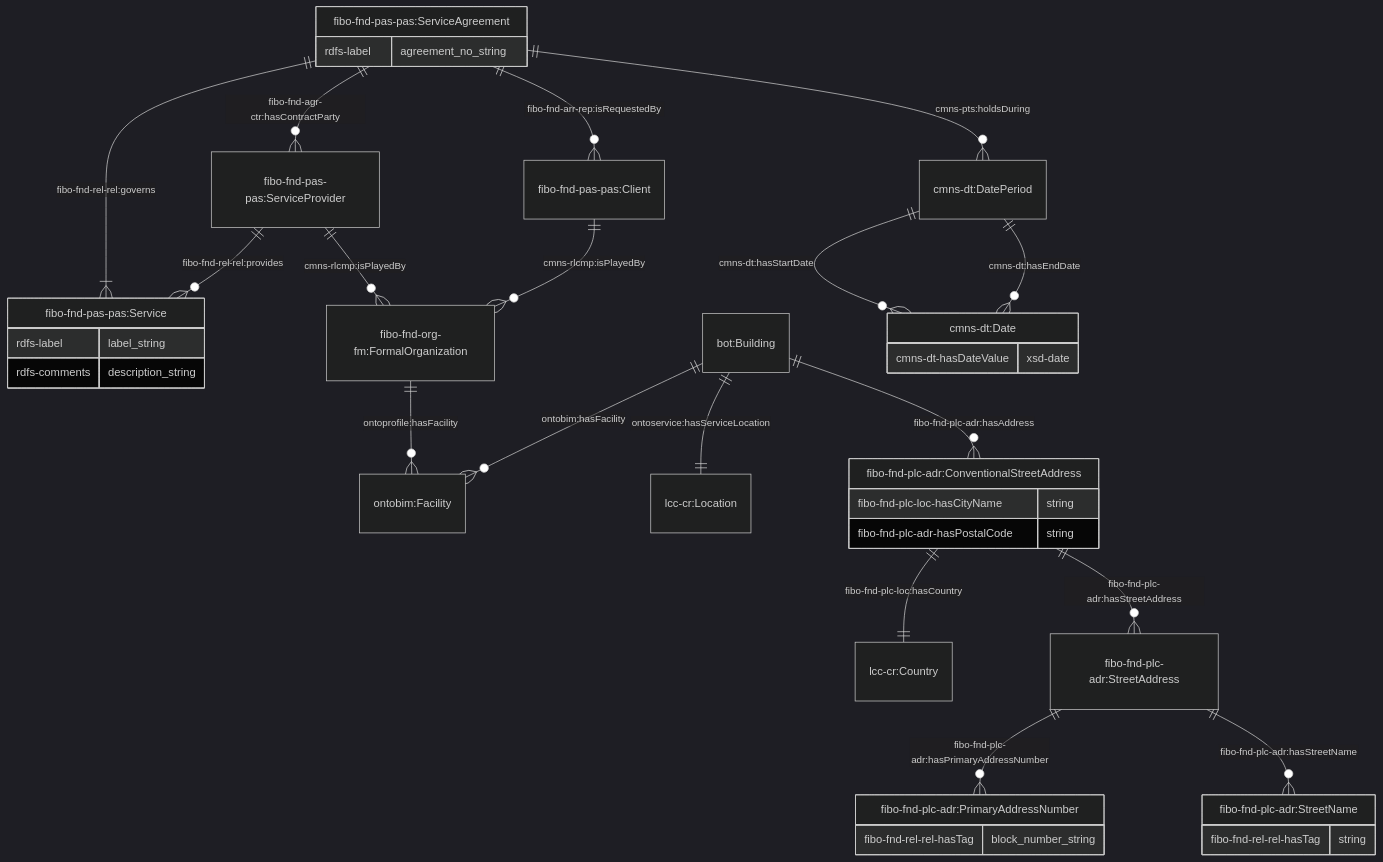
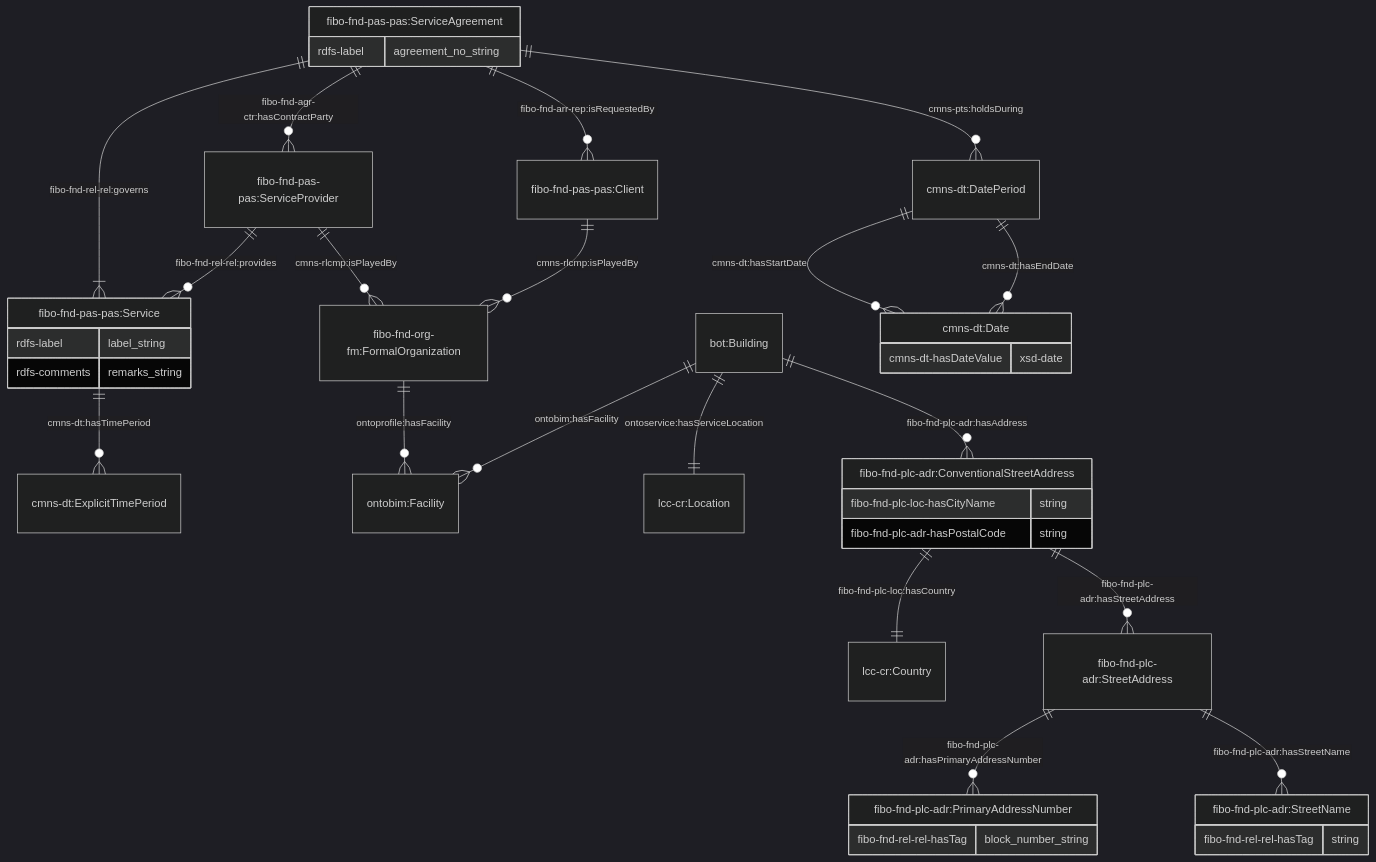
The first of 9 diagrams in JPS_Ontology/ontology/ontoservice/README.md (cambridge-cares/TheWorldAvatar), drawn with Mermaid (dark theme) before and after one commit. The commit also changed other lines of this file and 2 other files, not shown here.

Commit message:
dev-ontoservice-lifecycle: Consolidation of service commitment and its recommended use to existing concepts

````diff
--- a/JPS_Ontology/ontology/ontoservice/README.md
+++ b/JPS_Ontology/ontology/ontoservice/README.md
@@ -62,45 +62,47 @@
 ```mermaid
     erDiagram
     "fibo-fnd-pas-pas:ServiceAgreement" {
         rdfs-label agreement_no_string
     }
     "fibo-fnd-pas-pas:ServiceAgreement" ||--|{ "fibo-fnd-pas-pas:Service" : "fibo-fnd-rel-rel:governs"
+    "fibo-fnd-pas-pas:Service" ||--o{ "cmns-dt:ExplicitTimePeriod" : "cmns-dt:hasTimePeriod"
     "fibo-fnd-pas-pas:Service" {
         rdfs-label label_string
-        rdfs-comments description_string
+        rdfs-comments remarks_string
     }
+
     "fibo-fnd-org-fm:FormalOrganization" ||--o{ "ontobim:Facility" : "ontoprofile:hasFacility "
 
     "bot:Building" ||--|| "lcc-cr:Location" : "ontoservice:hasServiceLocation"
     "bot:Building" ||--o{ "ontobim:Facility" : "ontobim:hasFacility "
     "bot:Building" ||--o{ "fibo-fnd-plc-adr:ConventionalStreetAddress" : "fibo-fnd-plc-adr:hasAddress"
     "fibo-fnd-plc-adr:ConventionalStreetAddress" ||--|| "lcc-cr:Country" : "fibo-fnd-plc-loc:hasCountry"
     "fibo-fnd-plc-adr:ConventionalStreetAddress" ||--o{ "fibo-fnd-plc-adr:StreetAddress" : "fibo-fnd-plc-adr:hasStreetAddress"
     "fibo-fnd-plc-adr:ConventionalStreetAddress" {
         fibo-fnd-plc-loc-hasCityName string
         fibo-fnd-plc-adr-hasPostalCode string
     }
     "fibo-fnd-plc-adr:StreetAddress" ||--o{ "fibo-fnd-plc-adr:PrimaryAddressNumber" : "fibo-fnd-plc-adr:hasPrimaryAddressNumber"
     "fibo-fnd-plc-adr:StreetAddress" ||--o{ "fibo-fnd-plc-adr:StreetName" : "fibo-fnd-plc-adr:hasStreetName"
 
     "fibo-fnd-plc-adr:PrimaryAddressNumber" {
         fibo-fnd-rel-rel-hasTag block_number_string
     }
     "fibo-fnd-plc-adr:StreetName" {
         fibo-fnd-rel-rel-hasTag string
     }
 
     "fibo-fnd-pas-pas:ServiceAgreement" ||--o{ "cmns-dt:DatePeriod" : "cmns-pts:holdsDuring"
     "cmns-dt:DatePeriod" ||--o{ "cmns-dt:Date" : "cmns-dt:hasStartDate"
     "cmns-dt:DatePeriod" ||--o{ "cmns-dt:Date" : "cmns-dt:hasEndDate"
     "cmns-dt:Date" {
         cmns-dt-hasDateValue xsd-date
     }
 
     "fibo-fnd-pas-pas:ServiceAgreement" ||--o{ "fibo-fnd-pas-pas:Client" : "fibo-fnd-arr-rep:isRequestedBy"
     "fibo-fnd-pas-pas:ServiceAgreement" ||--o{ "fibo-fnd-pas-pas:ServiceProvider" : "fibo-fnd-agr-ctr:hasContractParty"
 
     "fibo-fnd-pas-pas:ServiceProvider" ||--o{ "fibo-fnd-org-fm:FormalOrganization"  : "cmns-rlcmp:isPlayedBy"
     "fibo-fnd-pas-pas:ServiceProvider" ||--o{ "fibo-fnd-pas-pas:Service"  : "fibo-fnd-rel-rel:provides"
     "fibo-fnd-pas-pas:Client" ||--o{ "fibo-fnd-org-fm:FormalOrganization"  : "cmns-rlcmp:isPlayedBy"
 ```
````
